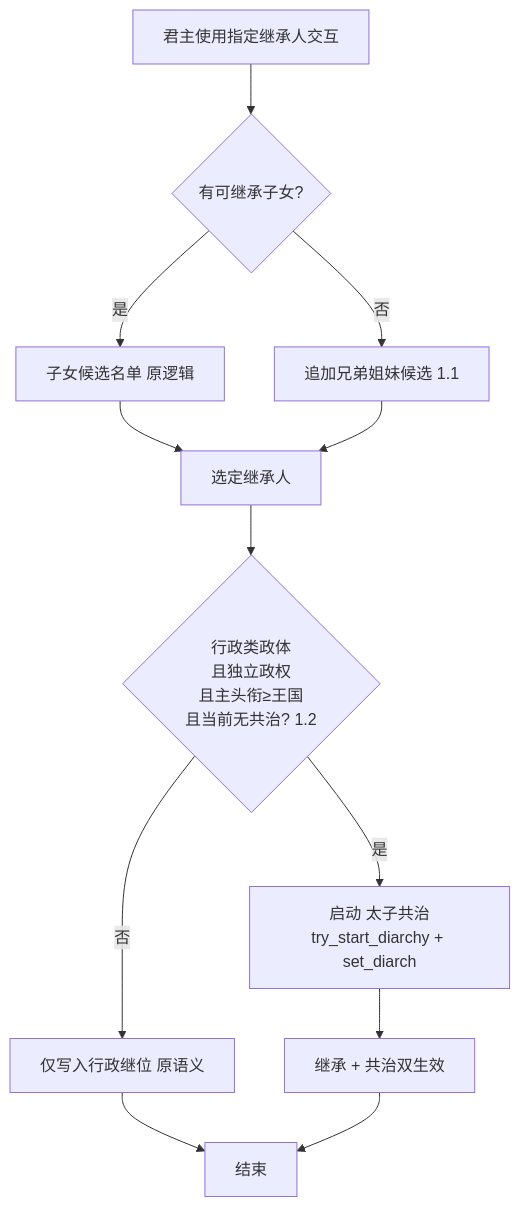
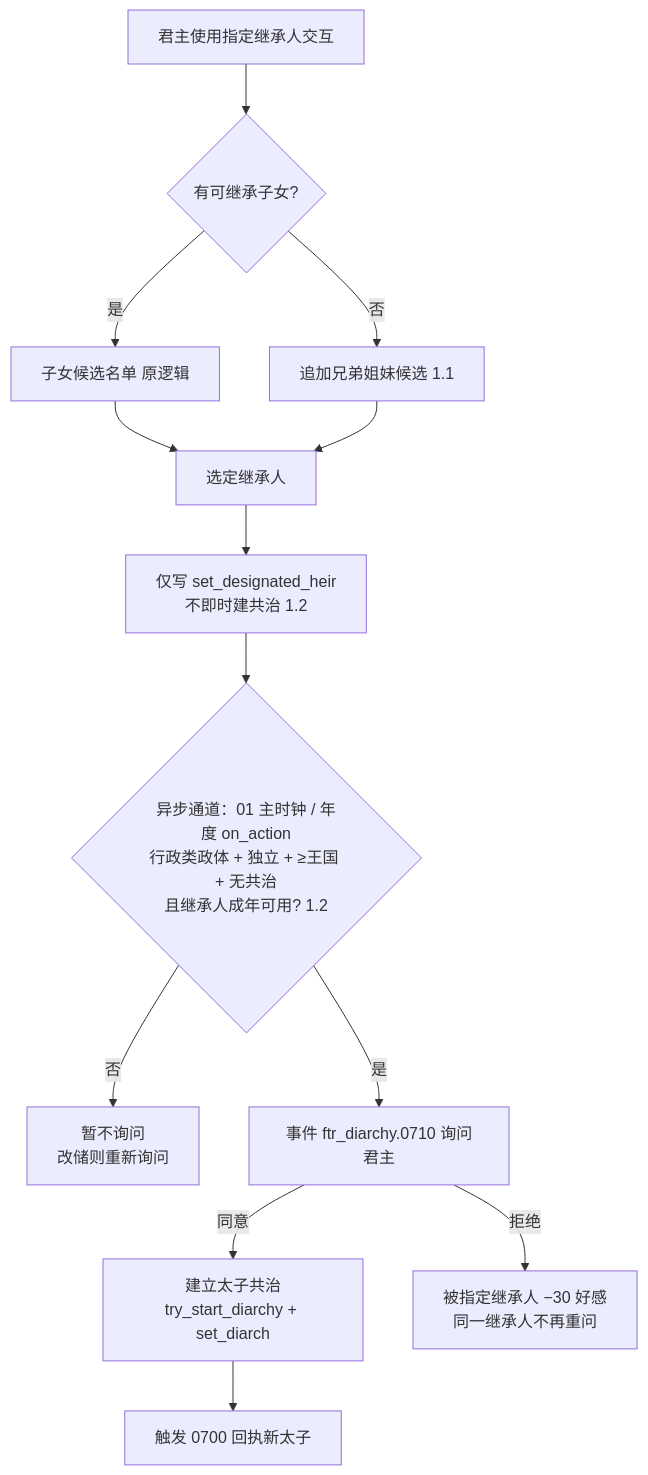
The first of 4 diagrams in document/task_design/03-共治者机制强化设计.md (FeronCompany/ck3_for_the_realm), drawn with Mermaid before and after one commit. The commit also changed other lines of this file and 19 other files, not shown here.

````diff
--- a/document/task_design/03-共治者机制强化设计.md
+++ b/document/task_design/03-共治者机制强化设计.md
@@ -85,14 +91,15 @@
 ```mermaid
 flowchart TD
     A[君主使用指定继承人交互] --> B{有可继承子女?}
     B -- 是 --> C[子女候选名单 原逻辑]
     B -- 否 --> D[追加兄弟姐妹候选 1.1]
     C --> E[选定继承人]
     D --> E
-    E --> F{行政类政体<br/>且独立政权<br/>且主头衔≥王国<br/>且当前无共治? 1.2}
-    F -- 否 --> G[仅写入行政继位 原语义]
-    F -- 是 --> H[启动 太子共治<br/>try_start_diarchy + set_diarch]
-    H --> I[继承 + 共治双生效]
-    G --> J[结束]
-    I --> J
+    E --> F[仅写 set_designated_heir<br/>不即时建共治 1.2]
+    F --> G{异步通道：01 主时钟 / 年度 on_action<br/>行政类政体 + 独立 + ≥王国 + 无共治<br/>且继承人成年可用? 1.2}
+    G -- 否 --> H[暂不询问<br/>改储则重新询问]
+    G -- 是 --> I[事件 ftr_diarchy.0710 询问君主]
+    I -- 同意 --> J[建立太子共治<br/>try_start_diarchy + set_diarch]
+    I -- 拒绝 --> K[被指定继承人 −30 好感<br/>同一继承人不再重问]
+    J --> L[触发 0700 回执新太子]
 ```
````
